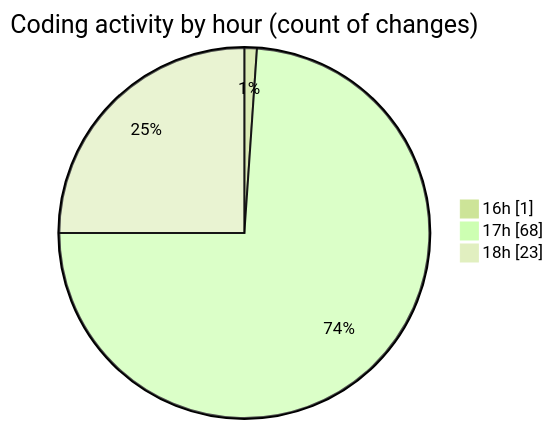
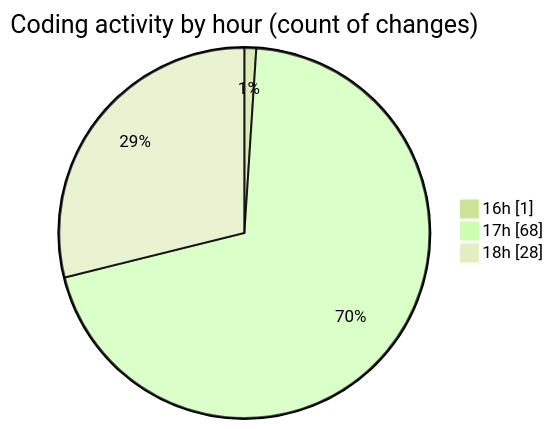
One commit to idhammustaqopulfikri/code-tracking changed the second of 2 diagrams in 2025-05-27/studio-backend/README.md. Above: the diagram before and after it, drawn with Mermaid (forest theme). The commit also changed other lines of this file and 1 other file, not shown here.

````diff
--- a/2025-05-27/studio-backend/README.md
+++ b/2025-05-27/studio-backend/README.md
@@ -63,7 +63,7 @@
 ```mermaid
 pie showData
 title Coding activity by hour (count of changes)
 "16h" : 1
 "17h" : 68
-"18h" : 23
+"18h" : 28
 ```
````
